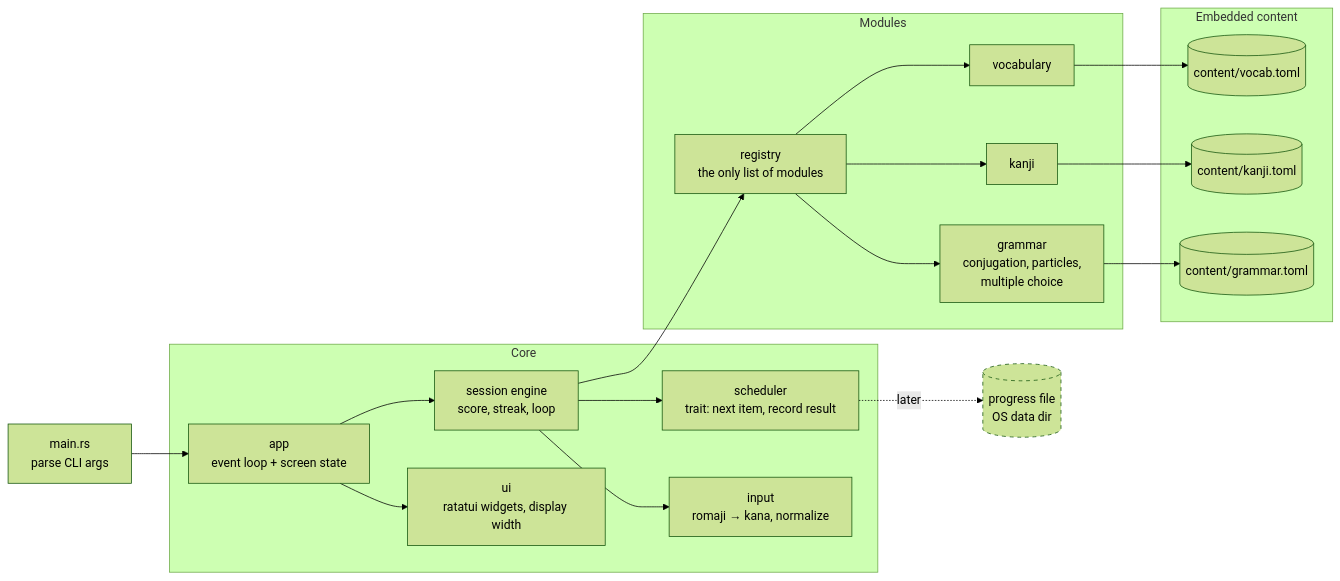
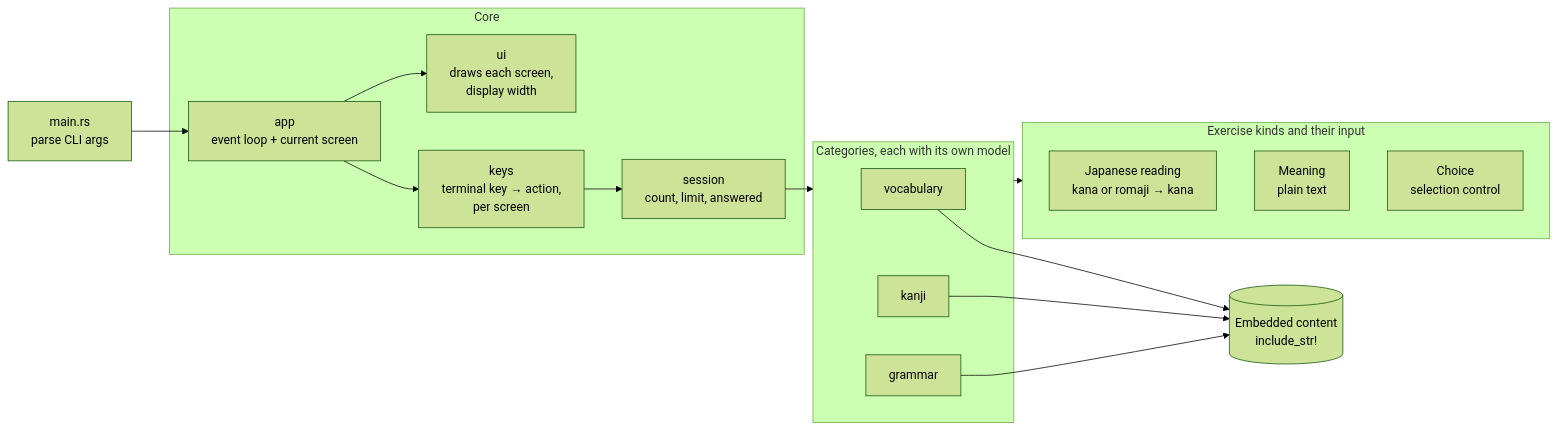
One commit to PandaCubGames/LearnJapaneseTui changed the second of 2 diagrams in docs/architecture.md. Above: the diagram before and after it, drawn with Mermaid (forest theme). The commit also changed other lines of this file, not shown here.

First line of the commit message:
docs(architecture): record the agreed practice flow and decisions

````diff
--- a/docs/architecture.md
+++ b/docs/architecture.md
@@ -71,41 +92,32 @@
 ```mermaid
 flowchart LR
     main[main.rs<br/>parse CLI args] --> app
 
     subgraph core[Core]
-        app[app<br/>event loop + screen state]
-        session[session engine<br/>score, streak, loop]
-        scheduler[scheduler<br/>trait: next item, record result]
-        input[input<br/>romaji → kana, normalize]
-        ui[ui<br/>ratatui widgets, display width]
+        app[app<br/>event loop + current screen]
+        keys[keys<br/>terminal key → action,<br/>per screen]
+        session[session<br/>count, limit, answered]
+        ui[ui<br/>draws each screen,<br/>display width]
     end
 
-    subgraph modules[Modules]
-        registry[registry<br/>the only list of modules]
+    subgraph kinds[Exercise kinds and their input]
+        reading[Japanese reading<br/>kana or romaji → kana]
+        meaning[Meaning<br/>plain text]
+        choice[Choice<br/>selection control]
+    end
+
+    subgraph categories[Categories, each with its own model]
         vocab[vocabulary]
         kanji[kanji]
-        grammar[grammar<br/>conjugation, particles,<br/>multiple choice]
+        grammar[grammar]
     end
 
-    subgraph content[Embedded content]
-        cv[(content/vocab.toml)]
-        ck[(content/kanji.toml)]
-        cg[(content/grammar.toml)]
-    end
+    content[(Embedded content<br/>include_str!)]
 
-    progress[(progress file<br/>OS data dir)]
-
-    app --> session
+    app --> keys
+    keys --> session
     app --> ui
-    session --> scheduler
-    session --> input
-    session --> registry
-    registry --> vocab & kanji & grammar
-    vocab --> cv
-    kanji --> ck
-    grammar --> cg
-    scheduler -. later .-> progress
-
-    classDef future stroke-dasharray: 5 5
-    class progress future
+    session --> categories
+    categories --> kinds
+    vocab & kanji & grammar --> content
 ```
````
